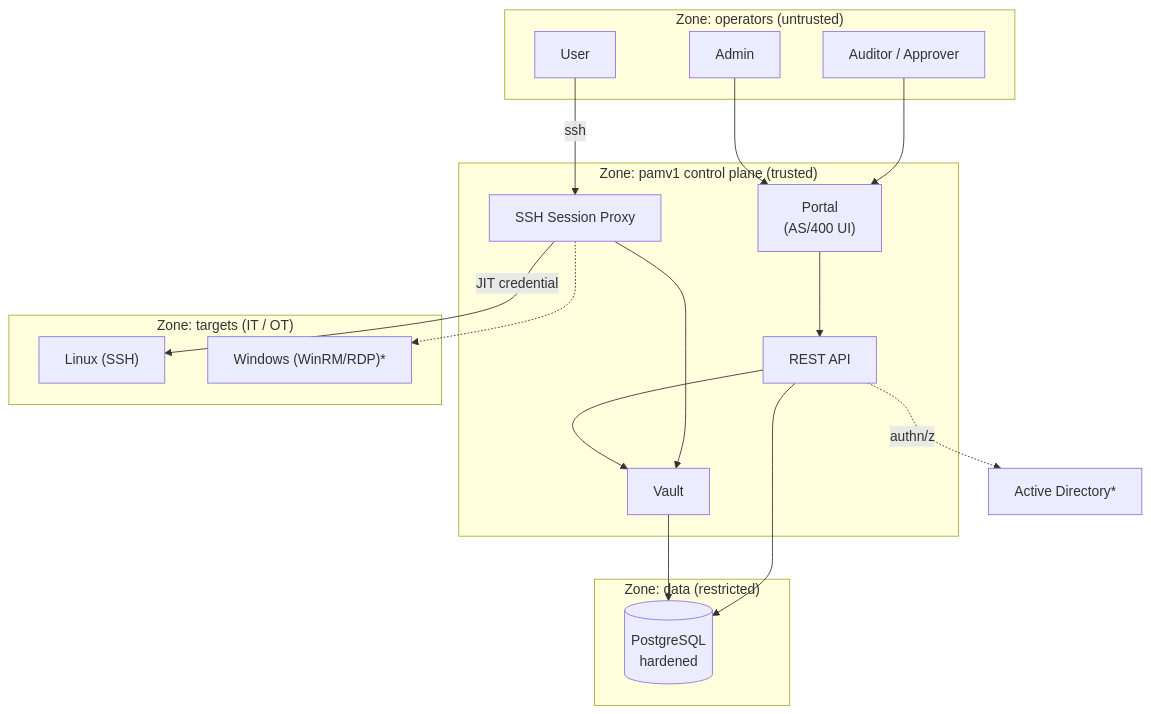
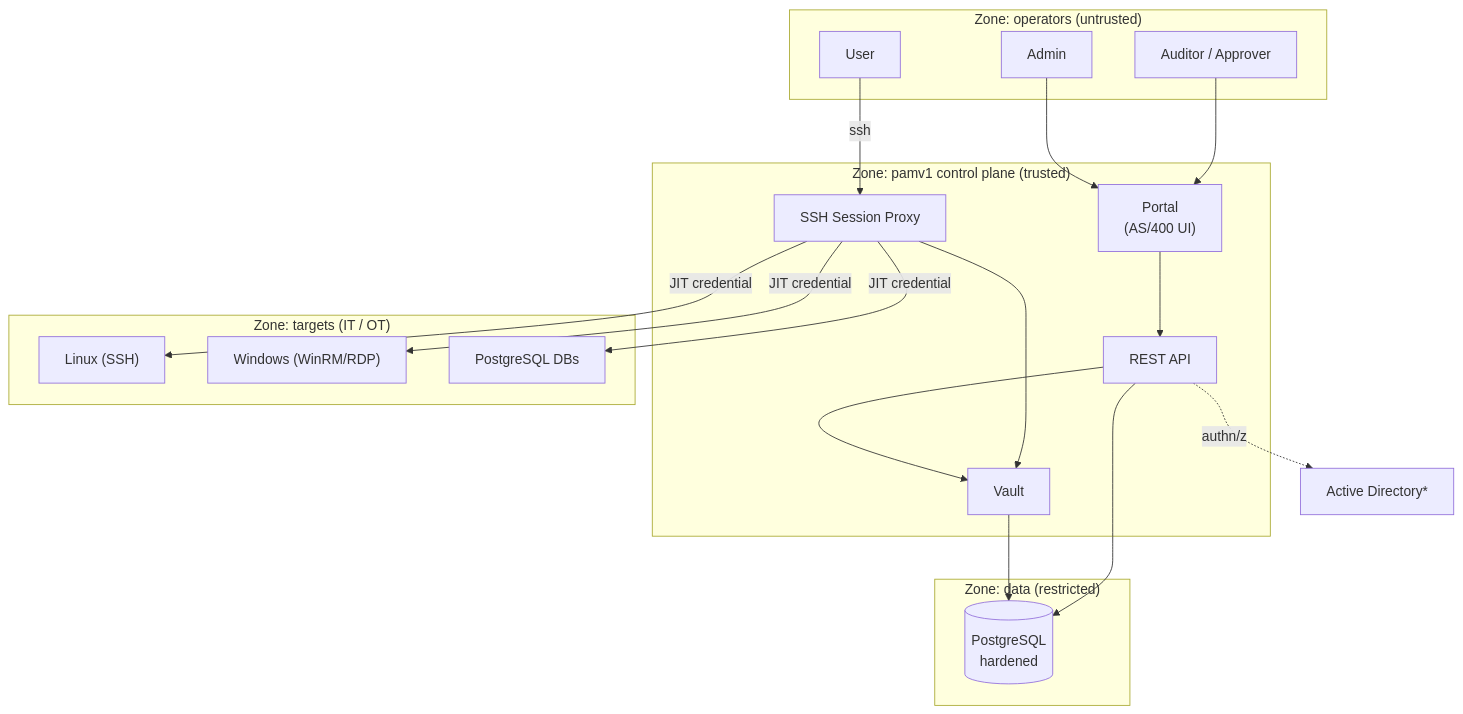
The first of 4 diagrams in docs/ARCHITECTURE-HIGH-LEVEL.md (morandeirachema/PAMv1), drawn with Mermaid before and after one commit. The commit also changed other lines of this file and 15 other files, not shown here.

````diff
--- a/docs/ARCHITECTURE-HIGH-LEVEL.md
+++ b/docs/ARCHITECTURE-HIGH-LEVEL.md
@@ -25,37 +25,39 @@
 ```mermaid
 flowchart TB
     subgraph Z0["Zone: operators (untrusted)"]
         ADMIN["  Admin  "]
         USER["  User  "]
         AUD["  Auditor / Approver  "]
     end
 
     subgraph Z1["Zone: pamv1 control plane (trusted)"]
         PORTAL["  Portal  <br/>  (AS/400 UI)  "]
         API["  REST API  "]
         PROXY["  SSH Session Proxy  "]
         VAULT["  Vault  "]
     end
 
     subgraph Z2["Zone: data (restricted)"]
         DB[("  PostgreSQL  <br/>  hardened  ")]
     end
 
     subgraph Z3["Zone: targets (IT / OT)"]
         LNX["  Linux (SSH)  "]
-        WIN["  Windows (WinRM/RDP)*  "]
+        WIN["  Windows (WinRM/RDP)  "]
+        PGT["  PostgreSQL DBs  "]
     end
 
     IDP["  Active Directory*  "]
 
     ADMIN --> PORTAL --> API
     USER -->|"ssh"| PROXY
     AUD --> PORTAL
     API --> VAULT
     PROXY --> VAULT
     VAULT --> DB
     API --> DB
     API -.->|"authn/z"| IDP
     PROXY -->|"JIT credential"| LNX
-    PROXY -.-> WIN
+    PROXY -->|"JIT credential"| WIN
+    PROXY -->|"JIT credential"| PGT
 ```
````
